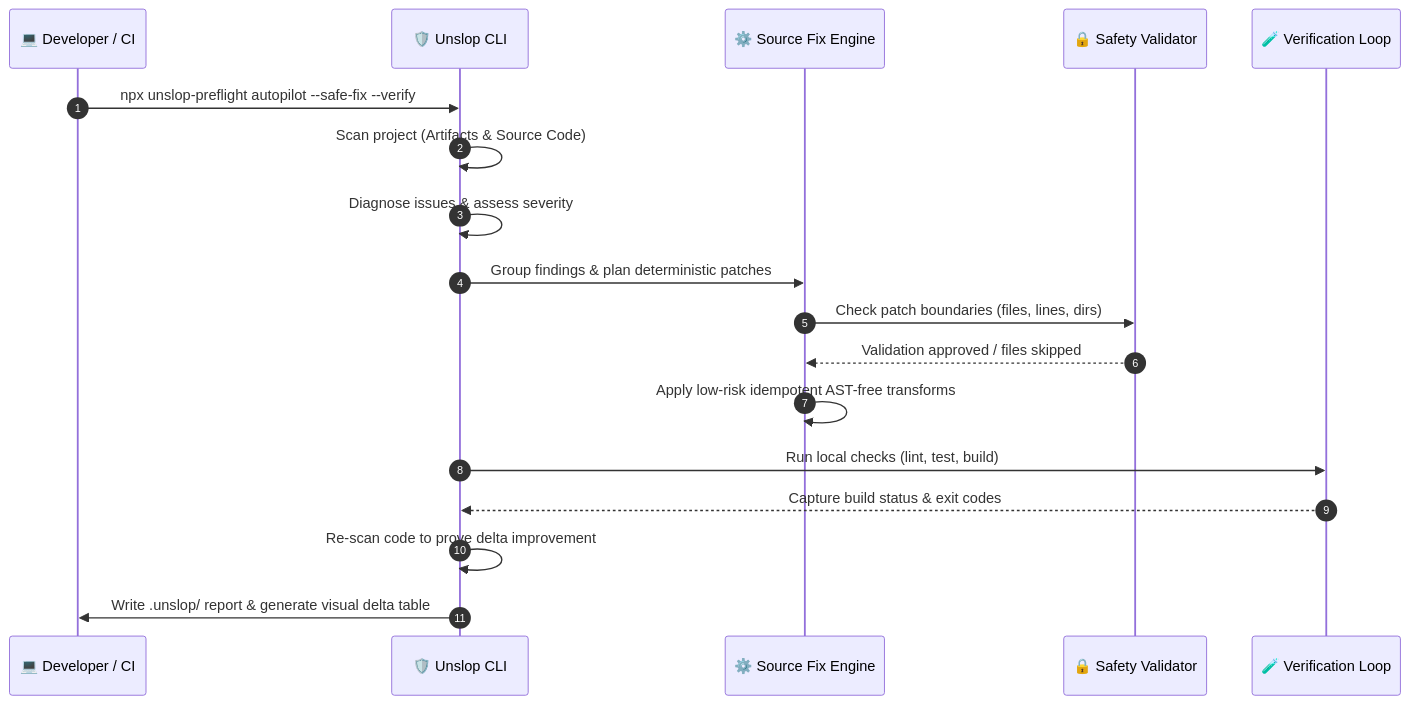
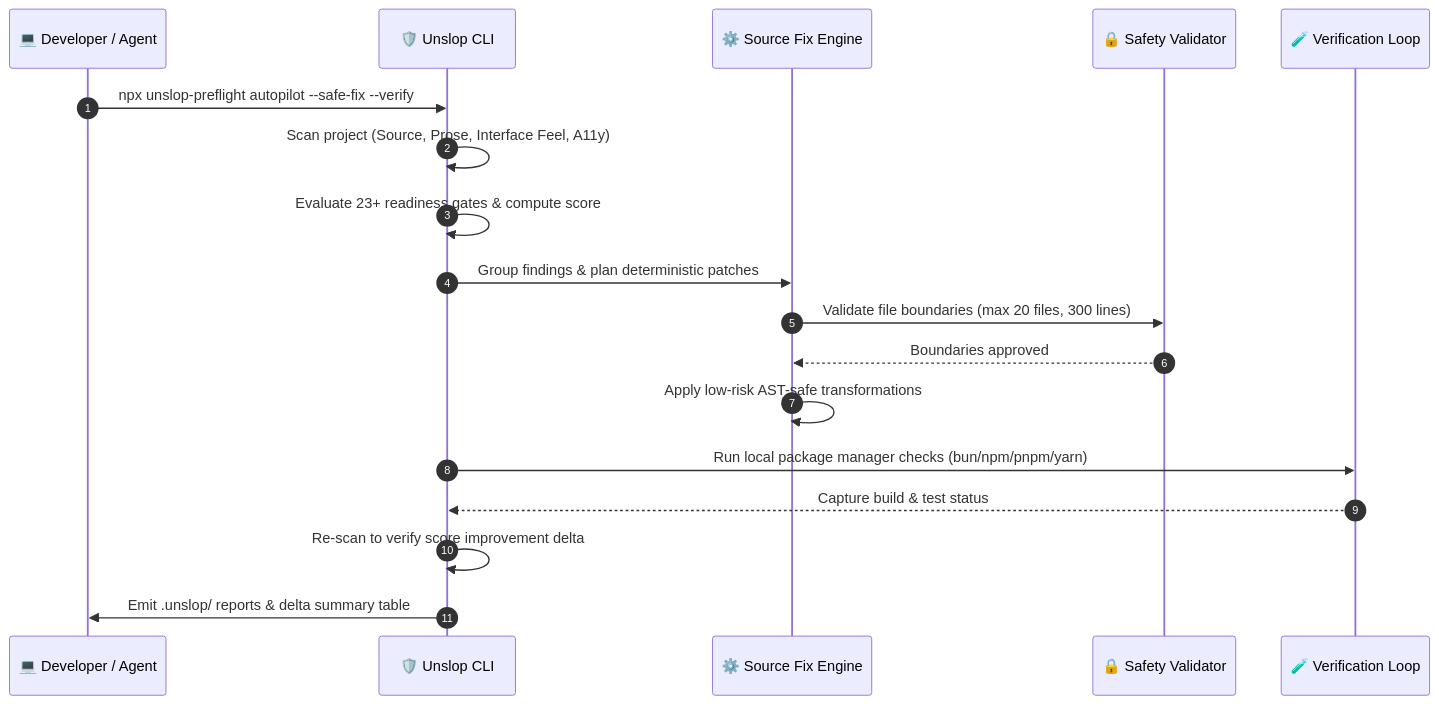
One commit to imMamdouhaboammar/unslop-preflight changed the diagram in README.md. Above: the diagram before and after it, drawn with Mermaid. The commit also changed other lines of this file and 3 other files, not shown here.

````diff
--- a/README.md
+++ b/README.md
@@ -112,21 +82,21 @@
 ```mermaid
 sequenceDiagram
     autonumber
-    participant Developer as 💻 Developer / CI
+    participant Dev as 💻 Developer / Agent
     participant CLI as 🛡️ Unslop CLI
     participant Engine as ⚙️ Source Fix Engine
     participant Safety as 🔒 Safety Validator
     participant Verifier as 🧪 Verification Loop
-    
-    Developer->>CLI: npx unslop-preflight autopilot --safe-fix --verify
-    CLI->>CLI: Scan project (Artifacts & Source Code)
-    CLI->>CLI: Diagnose issues & assess severity
+
+    Dev->>CLI: npx unslop-preflight autopilot --safe-fix --verify
+    CLI->>CLI: Scan project (Source, Prose, Interface Feel, A11y)
+    CLI->>CLI: Evaluate 23+ readiness gates & compute score
     CLI->>Engine: Group findings & plan deterministic patches
-    Engine->>Safety: Check patch boundaries (files, lines, dirs)
-    Safety-->>Engine: Validation approved / files skipped
-    Engine->>Engine: Apply low-risk idempotent AST-free transforms
-    CLI->>Verifier: Run local checks (lint, test, build)
-    Verifier-->>CLI: Capture build status & exit codes
-    CLI->>CLI: Re-scan code to prove delta improvement
-    CLI->>Developer: Write .unslop/ report & generate visual delta table
+    Engine->>Safety: Validate file boundaries (max 20 files, 300 lines)
+    Safety-->>Engine: Boundaries approved
+    Engine->>Engine: Apply low-risk AST-safe transformations
+    CLI->>Verifier: Run local package manager checks (bun/npm/pnpm/yarn)
+    Verifier-->>CLI: Capture build & test status
+    CLI->>CLI: Re-scan to verify score improvement delta
+    CLI->>Dev: Emit .unslop/ reports & delta summary table
 ```
````
